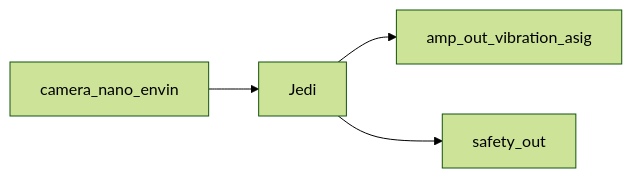
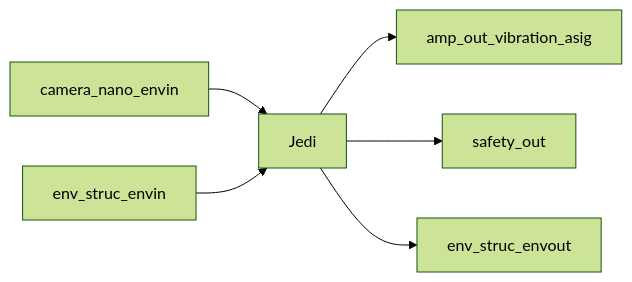
Before and after one commit to Jedi-Vision/ECE44x: the first of 16 diagrams in blocks.md, drawn with Mermaid (forest theme). The commit also changed other lines of this file and 2 other files, not shown here.

Commit message:
Add enclosure to system diagram

````diff
--- a/blocks.md
+++ b/blocks.md
@@ -4,8 +4,10 @@
 ```mermaid
 graph LR
      %% System input and outputs
     camera_nano_envin --> Jedi
+    env_struc_envin --> Jedi
     %%usr_in --> Jedi
     Jedi --> amp_out_vibration_asig
     Jedi --> safety_out
+    Jedi --> env_struc_envout
 ```
````
